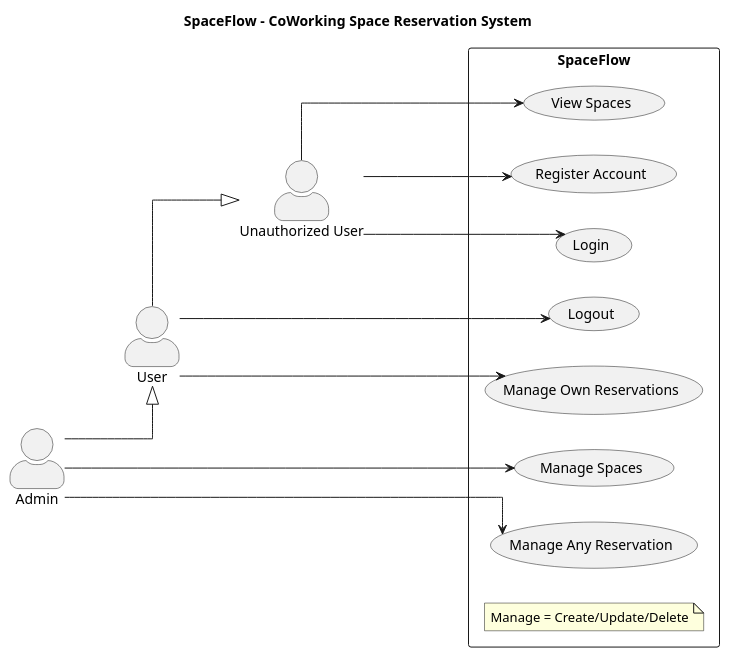
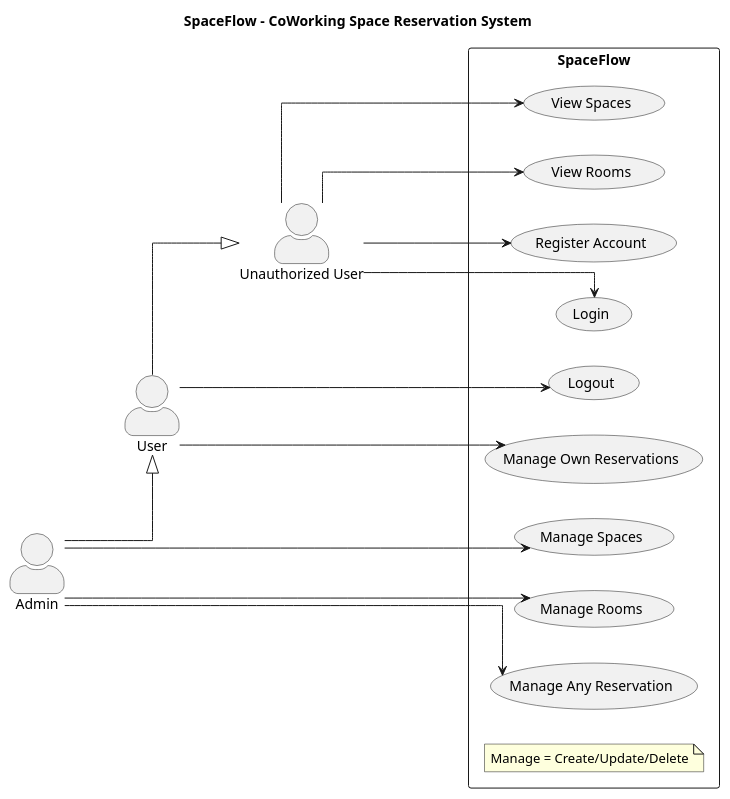
Before and after one commit to Captainistz/be-spaceflow: the diagram in docs/usecase.puml, drawn with PlantUML. The commit also changed 4 other files, not shown here.

Commit message:
📄 Add use case and authentication flow diagrams for Rooms and Spaces

```diff
--- a/docs/usecase.puml
+++ b/docs/usecase.puml
@@ -1,58 +1,56 @@
 @startuml SpaceFlow Use Case Diagram
 
 left to right direction
 skinparam linetype ortho
 
 skinparam actorStyle awesome
 skinparam packageStyle rectangle
 skinparam usecaseStyle roundbox
 
 title SpaceFlow - CoWorking Space Reservation System
 
 ' Actors
 actor "Unauthorized User" as Visitor
 actor "User" as User
 actor "Admin" as Admin
 
 ' Inheritance
 User --|> Visitor
 Admin --|> User
 
 rectangle SpaceFlow {
   ' Visitor Use Cases
   usecase "View Spaces" as ViewSpaces
+  usecase "View Rooms" as ViewRooms
   usecase "Register Account" as Register
   usecase "Login" as Login
   
   ' User Use Cases
   usecase "Logout" as Logout
   usecase "Manage Own Reservations" as ManageOwnReservations
   
   ' Admin Use Cases
   usecase "Manage Spaces" as ManageSpaces
+  usecase "Manage Rooms" as ManageRooms
   usecase "Manage Any Reservation" as ManageAnyReservation
   
   ' Visitor associations
   Visitor ---> ViewSpaces
+  Visitor --> ViewRooms
   Visitor --> Register
   Visitor --> Login
   
   ' User associations
   User --> Logout
   User --> ManageOwnReservations
   
   ' Admin associations
   Admin --> ManageSpaces
+  Admin --> ManageRooms
   Admin --> ManageAnyReservation
 
   ' Note
   note "Manage = Create/Update/Delete" as Note
 }
 
-
-
-
-
-
-
 @enduml
```
